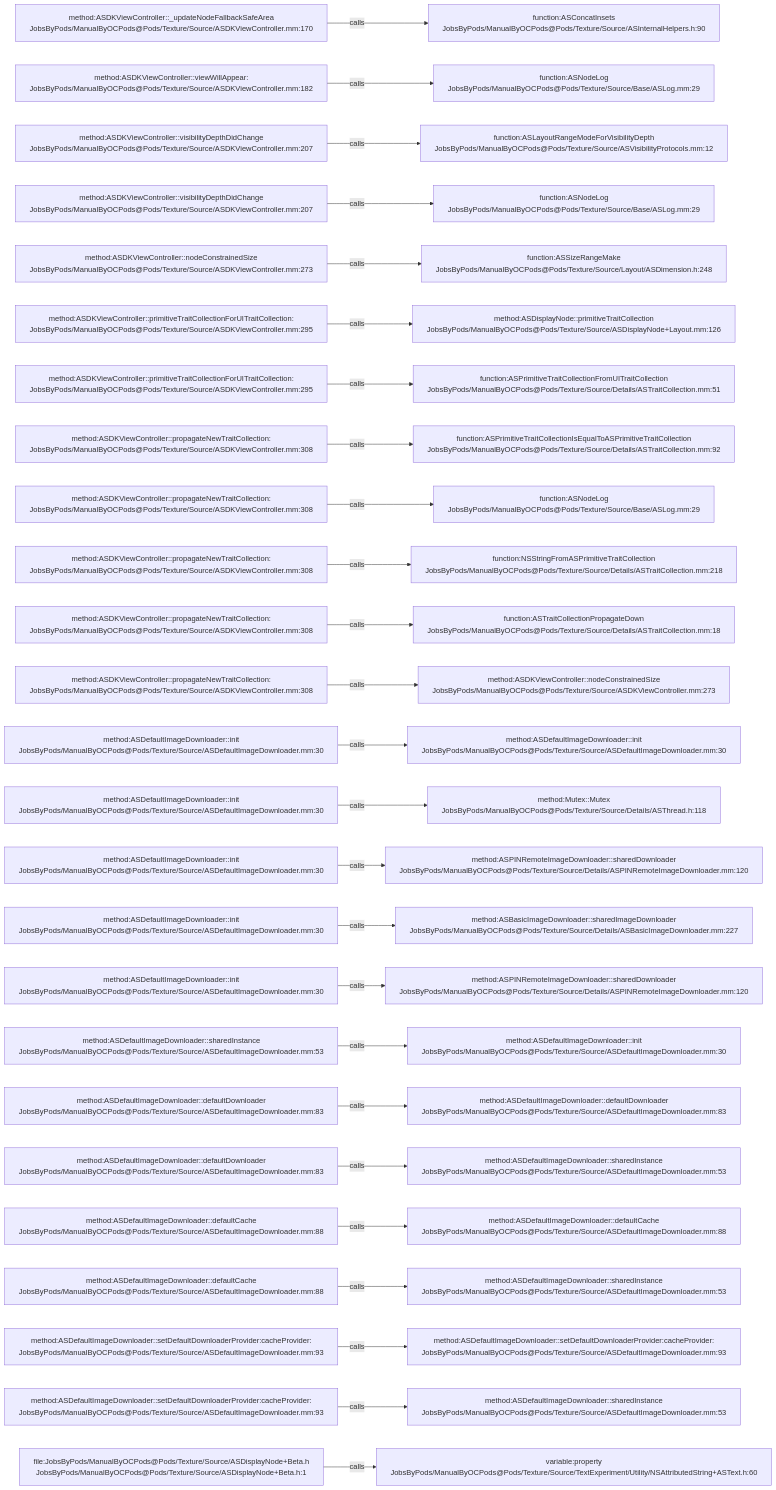
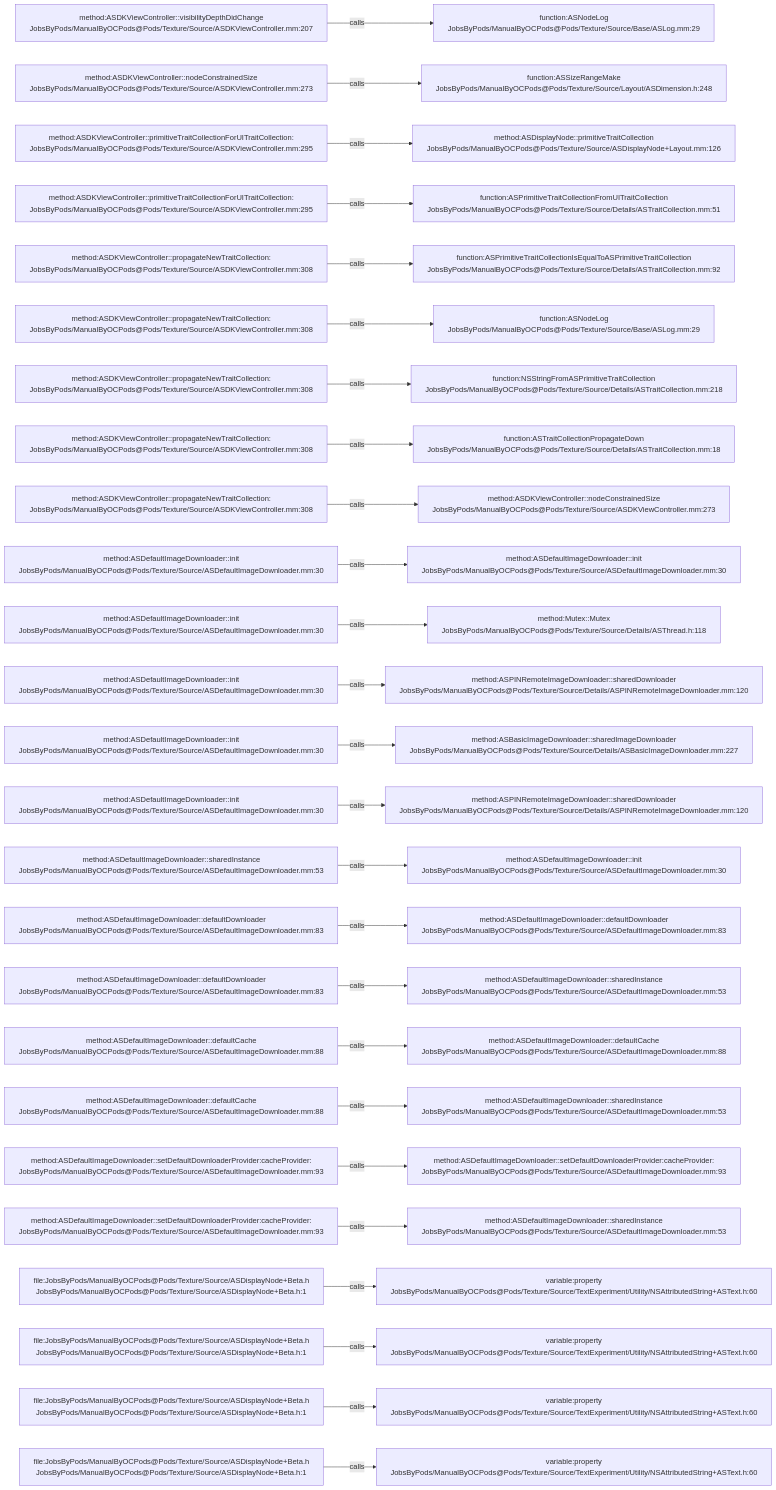
One commit to JobsKits/JobsOCBaseConfigDemo changed the diagram in .codegraph/codegraph.md/graphs/calls-091.md. Above: the diagram before and after it, drawn with Mermaid. The commit also changed 342 other files, not shown here.

````diff
--- a/.codegraph/codegraph.md/graphs/calls-091.md
+++ b/.codegraph/codegraph.md/graphs/calls-091.md
@@ -13,78 +13,78 @@
 ```mermaid
 flowchart LR
-  S1["method:ASDKViewController::_updateNodeFallbackSafeArea<br/>JobsByPods/ManualByOCPods@Pods/Texture/Source/ASDKViewController.mm:170"]
-  T1["function:ASConcatInsets<br/>JobsByPods/ManualByOCPods@Pods/Texture/Source/ASInternalHelpers.h:90"]
+  S1["method:ASDKViewController::visibilityDepthDidChange<br/>JobsByPods/ManualByOCPods@Pods/Texture/Source/ASDKViewController.mm:207"]
+  T1["function:ASNodeLog<br/>JobsByPods/ManualByOCPods@Pods/Texture/Source/Base/ASLog.mm:29"]
   S1 -->|calls| T1
-  S2["method:ASDKViewController::viewWillAppear:<br/>JobsByPods/ManualByOCPods@Pods/Texture/Source/ASDKViewController.mm:182"]
-  T2["function:ASNodeLog<br/>JobsByPods/ManualByOCPods@Pods/Texture/Source/Base/ASLog.mm:29"]
+  S2["method:ASDKViewController::nodeConstrainedSize<br/>JobsByPods/ManualByOCPods@Pods/Texture/Source/ASDKViewController.mm:273"]
+  T2["function:ASSizeRangeMake<br/>JobsByPods/ManualByOCPods@Pods/Texture/Source/Layout/ASDimension.h:248"]
   S2 -->|calls| T2
-  S3["method:ASDKViewController::visibilityDepthDidChange<br/>JobsByPods/ManualByOCPods@Pods/Texture/Source/ASDKViewController.mm:207"]
-  T3["function:ASLayoutRangeModeForVisibilityDepth<br/>JobsByPods/ManualByOCPods@Pods/Texture/Source/ASVisibilityProtocols.mm:12"]
+  S3["method:ASDKViewController::primitiveTraitCollectionForUITraitCollection:<br/>JobsByPods/ManualByOCPods@Pods/Texture/Source/ASDKViewController.mm:295"]
+  T3["method:ASDisplayNode::primitiveTraitCollection<br/>JobsByPods/ManualByOCPods@Pods/Texture/Source/ASDisplayNode+Layout.mm:126"]
   S3 -->|calls| T3
-  S4["method:ASDKViewController::visibilityDepthDidChange<br/>JobsByPods/ManualByOCPods@Pods/Texture/Source/ASDKViewController.mm:207"]
-  T4["function:ASNodeLog<br/>JobsByPods/ManualByOCPods@Pods/Texture/Source/Base/ASLog.mm:29"]
+  S4["method:ASDKViewController::primitiveTraitCollectionForUITraitCollection:<br/>JobsByPods/ManualByOCPods@Pods/Texture/Source/ASDKViewController.mm:295"]
+  T4["function:ASPrimitiveTraitCollectionFromUITraitCollection<br/>JobsByPods/ManualByOCPods@Pods/Texture/Source/Details/ASTraitCollection.mm:51"]
   S4 -->|calls| T4
-  S5["method:ASDKViewController::nodeConstrainedSize<br/>JobsByPods/ManualByOCPods@Pods/Texture/Source/ASDKViewController.mm:273"]
-  T5["function:ASSizeRangeMake<br/>JobsByPods/ManualByOCPods@Pods/Texture/Source/Layout/ASDimension.h:248"]
+  S5["method:ASDKViewController::propagateNewTraitCollection:<br/>JobsByPods/ManualByOCPods@Pods/Texture/Source/ASDKViewController.mm:308"]
+  T5["function:ASPrimitiveTraitCollectionIsEqualToASPrimitiveTraitCollection<br/>JobsByPods/ManualByOCPods@Pods/Texture/Source/Details/ASTraitCollection.mm:92"]
   S5 -->|calls| T5
-  S6["method:ASDKViewController::primitiveTraitCollectionForUITraitCollection:<br/>JobsByPods/ManualByOCPods@Pods/Texture/Source/ASDKViewController.mm:295"]
-  T6["method:ASDisplayNode::primitiveTraitCollection<br/>JobsByPods/ManualByOCPods@Pods/Texture/Source/ASDisplayNode+Layout.mm:126"]
+  S6["method:ASDKViewController::propagateNewTraitCollection:<br/>JobsByPods/ManualByOCPods@Pods/Texture/Source/ASDKViewController.mm:308"]
+  T6["function:ASNodeLog<br/>JobsByPods/ManualByOCPods@Pods/Texture/Source/Base/ASLog.mm:29"]
   S6 -->|calls| T6
-  S7["method:ASDKViewController::primitiveTraitCollectionForUITraitCollection:<br/>JobsByPods/ManualByOCPods@Pods/Texture/Source/ASDKViewController.mm:295"]
-  T7["function:ASPrimitiveTraitCollectionFromUITraitCollection<br/>JobsByPods/ManualByOCPods@Pods/Texture/Source/Details/ASTraitCollection.mm:51"]
+  S7["method:ASDKViewController::propagateNewTraitCollection:<br/>JobsByPods/ManualByOCPods@Pods/Texture/Source/ASDKViewController.mm:308"]
+  T7["function:NSStringFromASPrimitiveTraitCollection<br/>JobsByPods/ManualByOCPods@Pods/Texture/Source/Details/ASTraitCollection.mm:218"]
   S7 -->|calls| T7
   S8["method:ASDKViewController::propagateNewTraitCollection:<br/>JobsByPods/ManualByOCPods@Pods/Texture/Source/ASDKViewController.mm:308"]
-  T8["function:ASPrimitiveTraitCollectionIsEqualToASPrimitiveTraitCollection<br/>JobsByPods/ManualByOCPods@Pods/Texture/Source/Details/ASTraitCollection.mm:92"]
+  T8["function:ASTraitCollectionPropagateDown<br/>JobsByPods/ManualByOCPods@Pods/Texture/Source/Details/ASTraitCollection.mm:18"]
   S8 -->|calls| T8
   S9["method:ASDKViewController::propagateNewTraitCollection:<br/>JobsByPods/ManualByOCPods@Pods/Texture/Source/ASDKViewController.mm:308"]
-  T9["function:ASNodeLog<br/>JobsByPods/ManualByOCPods@Pods/Texture/Source/Base/ASLog.mm:29"]
+  T9["method:ASDKViewController::nodeConstrainedSize<br/>JobsByPods/ManualByOCPods@Pods/Texture/Source/ASDKViewController.mm:273"]
   S9 -->|calls| T9
-  S10["method:ASDKViewController::propagateNewTraitCollection:<br/>JobsByPods/ManualByOCPods@Pods/Texture/Source/ASDKViewController.mm:308"]
-  T10["function:NSStringFromASPrimitiveTraitCollection<br/>JobsByPods/ManualByOCPods@Pods/Texture/Source/Details/ASTraitCollection.mm:218"]
+  S10["method:ASDefaultImageDownloader::init<br/>JobsByPods/ManualByOCPods@Pods/Texture/Source/ASDefaultImageDownloader.mm:30"]
+  T10["method:ASDefaultImageDownloader::init<br/>JobsByPods/ManualByOCPods@Pods/Texture/Source/ASDefaultImageDownloader.mm:30"]
   S10 -->|calls| T10
-  S11["method:ASDKViewController::propagateNewTraitCollection:<br/>JobsByPods/ManualByOCPods@Pods/Texture/Source/ASDKViewController.mm:308"]
-  T11["function:ASTraitCollectionPropagateDown<br/>JobsByPods/ManualByOCPods@Pods/Texture/Source/Details/ASTraitCollection.mm:18"]
+  S11["method:ASDefaultImageDownloader::init<br/>JobsByPods/ManualByOCPods@Pods/Texture/Source/ASDefaultImageDownloader.mm:30"]
+  T11["method:Mutex::Mutex<br/>JobsByPods/ManualByOCPods@Pods/Texture/Source/Details/ASThread.h:118"]
   S11 -->|calls| T11
-  S12["method:ASDKViewController::propagateNewTraitCollection:<br/>JobsByPods/ManualByOCPods@Pods/Texture/Source/ASDKViewController.mm:308"]
-  T12["method:ASDKViewController::nodeConstrainedSize<br/>JobsByPods/ManualByOCPods@Pods/Texture/Source/ASDKViewController.mm:273"]
+  S12["method:ASDefaultImageDownloader::init<br/>JobsByPods/ManualByOCPods@Pods/Texture/Source/ASDefaultImageDownloader.mm:30"]
+  T12["method:ASPINRemoteImageDownloader::sharedDownloader<br/>JobsByPods/ManualByOCPods@Pods/Texture/Source/Details/ASPINRemoteImageDownloader.mm:120"]
   S12 -->|calls| T12
   S13["method:ASDefaultImageDownloader::init<br/>JobsByPods/ManualByOCPods@Pods/Texture/Source/ASDefaultImageDownloader.mm:30"]
-  T13["method:ASDefaultImageDownloader::init<br/>JobsByPods/ManualByOCPods@Pods/Texture/Source/ASDefaultImageDownloader.mm:30"]
+  T13["method:ASBasicImageDownloader::sharedImageDownloader<br/>JobsByPods/ManualByOCPods@Pods/Texture/Source/Details/ASBasicImageDownloader.mm:227"]
   S13 -->|calls| T13
   S14["method:ASDefaultImageDownloader::init<br/>JobsByPods/ManualByOCPods@Pods/Texture/Source/ASDefaultImageDownloader.mm:30"]
-  T14["method:Mutex::Mutex<br/>JobsByPods/ManualByOCPods@Pods/Texture/Source/Details/ASThread.h:118"]
+  T14["method:ASPINRemoteImageDownloader::sharedDownloader<br/>JobsByPods/ManualByOCPods@Pods/Texture/Source/Details/ASPINRemoteImageDownloader.mm:120"]
   S14 -->|calls| T14
-  S15["method:ASDefaultImageDownloader::init<br/>JobsByPods/ManualByOCPods@Pods/Texture/Source/ASDefaultImageDownloader.mm:30"]
-  T15["method:ASPINRemoteImageDownloader::sharedDownloader<br/>JobsByPods/ManualByOCPods@Pods/Texture/Source/Details/ASPINRemoteImageDownloader.mm:120"]
+  S15["method:ASDefaultImageDownloader::sharedInstance<br/>JobsByPods/ManualByOCPods@Pods/Texture/Source/ASDefaultImageDownloader.mm:53"]
+  T15["method:ASDefaultImageDownloader::init<br/>JobsByPods/ManualByOCPods@Pods/Texture/Source/ASDefaultImageDownloader.mm:30"]
   S15 -->|calls| T15
-  S16["method:ASDefaultImageDownloader::init<br/>JobsByPods/ManualByOCPods@Pods/Texture/Source/ASDefaultImageDownloader.mm:30"]
-  T16["method:ASBasicImageDownloader::sharedImageDownloader<br/>JobsByPods/ManualByOCPods@Pods/Texture/Source/Details/ASBasicImageDownloader.mm:227"]
+  S16["method:ASDefaultImageDownloader::defaultDownloader<br/>JobsByPods/ManualByOCPods@Pods/Texture/Source/ASDefaultImageDownloader.mm:83"]
+  T16["method:ASDefaultImageDownloader::defaultDownloader<br/>JobsByPods/ManualByOCPods@Pods/Texture/Source/ASDefaultImageDownloader.mm:83"]
   S16 -->|calls| T16
-  S17["method:ASDefaultImageDownloader::init<br/>JobsByPods/ManualByOCPods@Pods/Texture/Source/ASDefaultImageDownloader.mm:30"]
-  T17["method:ASPINRemoteImageDownloader::sharedDownloader<br/>JobsByPods/ManualByOCPods@Pods/Texture/Source/Details/ASPINRemoteImageDownloader.mm:120"]
+  S17["method:ASDefaultImageDownloader::defaultDownloader<br/>JobsByPods/ManualByOCPods@Pods/Texture/Source/ASDefaultImageDownloader.mm:83"]
+  T17["method:ASDefaultImageDownloader::sharedInstance<br/>JobsByPods/ManualByOCPods@Pods/Texture/Source/ASDefaultImageDownloader.mm:53"]
   S17 -->|calls| T17
-  S18["method:ASDefaultImageDownloader::sharedInstance<br/>JobsByPods/ManualByOCPods@Pods/Texture/Source/ASDefaultImageDownloader.mm:53"]
-  T18["method:ASDefaultImageDownloader::init<br/>JobsByPods/ManualByOCPods@Pods/Texture/Source/ASDefaultImageDownloader.mm:30"]
+  S18["method:ASDefaultImageDownloader::defaultCache<br/>JobsByPods/ManualByOCPods@Pods/Texture/Source/ASDefaultImageDownloader.mm:88"]
+  T18["method:ASDefaultImageDownloader::defaultCache<br/>JobsByPods/ManualByOCPods@Pods/Texture/Source/ASDefaultImageDownloader.mm:88"]
   S18 -->|calls| T18
-  S19["method:ASDefaultImageDownloader::defaultDownloader<br/>JobsByPods/ManualByOCPods@Pods/Texture/Source/ASDefaultImageDownloader.mm:83"]
-  T19["method:ASDefaultImageDownloader::defaultDownloader<br/>JobsByPods/ManualByOCPods@Pods/Texture/Source/ASDefaultImageDownloader.mm:83"]
+  S19["method:ASDefaultImageDownloader::defaultCache<br/>JobsByPods/ManualByOCPods@Pods/Texture/Source/ASDefaultImageDownloader.mm:88"]
+  T19["method:ASDefaultImageDownloader::sharedInstance<br/>JobsByPods/ManualByOCPods@Pods/Texture/Source/ASDefaultImageDownloader.mm:53"]
   S19 -->|calls| T19
-  S20["method:ASDefaultImageDownloader::defaultDownloader<br/>JobsByPods/ManualByOCPods@Pods/Texture/Source/ASDefaultImageDownloader.mm:83"]
-  T20["method:ASDefaultImageDownloader::sharedInstance<br/>JobsByPods/ManualByOCPods@Pods/Texture/Source/ASDefaultImageDownloader.mm:53"]
+  S20["method:ASDefaultImageDownloader::setDefaultDownloaderProvider:cacheProvider:<br/>JobsByPods/ManualByOCPods@Pods/Texture/Source/ASDefaultImageDownloader.mm:93"]
+  T20["method:ASDefaultImageDownloader::setDefaultDownloaderProvider:cacheProvider:<br/>JobsByPods/ManualByOCPods@Pods/Texture/Source/ASDefaultImageDownloader.mm:93"]
   S20 -->|calls| T20
-  S21["method:ASDefaultImageDownloader::defaultCache<br/>JobsByPods/ManualByOCPods@Pods/Texture/Source/ASDefaultImageDownloader.mm:88"]
-  T21["method:ASDefaultImageDownloader::defaultCache<br/>JobsByPods/ManualByOCPods@Pods/Texture/Source/ASDefaultImageDownloader.mm:88"]
+  S21["method:ASDefaultImageDownloader::setDefaultDownloaderProvider:cacheProvider:<br/>JobsByPods/ManualByOCPods@Pods/Texture/Source/ASDefaultImageDownloader.mm:93"]
+  T21["method:ASDefaultImageDownloader::sharedInstance<br/>JobsByPods/ManualByOCPods@Pods/Texture/Source/ASDefaultImageDownloader.mm:53"]
   S21 -->|calls| T21
-  S22["method:ASDefaultImageDownloader::defaultCache<br/>JobsByPods/ManualByOCPods@Pods/Texture/Source/ASDefaultImageDownloader.mm:88"]
-  T22["method:ASDefaultImageDownloader::sharedInstance<br/>JobsByPods/ManualByOCPods@Pods/Texture/Source/ASDefaultImageDownloader.mm:53"]
+  S22["file:JobsByPods/ManualByOCPods@Pods/Texture/Source/ASDisplayNode+Beta.h<br/>JobsByPods/ManualByOCPods@Pods/Texture/Source/ASDisplayNode+Beta.h:1"]
+  T22["variable:property<br/>JobsByPods/ManualByOCPods@Pods/Texture/Source/TextExperiment/Utility/NSAttributedString+ASText.h:60"]
   S22 -->|calls| T22
-  S23["method:ASDefaultImageDownloader::setDefaultDownloaderProvider:cacheProvider:<br/>JobsByPods/ManualByOCPods@Pods/Texture/Source/ASDefaultImageDownloader.mm:93"]
-  T23["method:ASDefaultImageDownloader::setDefaultDownloaderProvider:cacheProvider:<br/>JobsByPods/ManualByOCPods@Pods/Texture/Source/ASDefaultImageDownloader.mm:93"]
+  S23["file:JobsByPods/ManualByOCPods@Pods/Texture/Source/ASDisplayNode+Beta.h<br/>JobsByPods/ManualByOCPods@Pods/Texture/Source/ASDisplayNode+Beta.h:1"]
+  T23["variable:property<br/>JobsByPods/ManualByOCPods@Pods/Texture/Source/TextExperiment/Utility/NSAttributedString+ASText.h:60"]
   S23 -->|calls| T23
-  S24["method:ASDefaultImageDownloader::setDefaultDownloaderProvider:cacheProvider:<br/>JobsByPods/ManualByOCPods@Pods/Texture/Source/ASDefaultImageDownloader.mm:93"]
-  T24["method:ASDefaultImageDownloader::sharedInstance<br/>JobsByPods/ManualByOCPods@Pods/Texture/Source/ASDefaultImageDownloader.mm:53"]
+  S24["file:JobsByPods/ManualByOCPods@Pods/Texture/Source/ASDisplayNode+Beta.h<br/>JobsByPods/ManualByOCPods@Pods/Texture/Source/ASDisplayNode+Beta.h:1"]
+  T24["variable:property<br/>JobsByPods/ManualByOCPods@Pods/Texture/Source/TextExperiment/Utility/NSAttributedString+ASText.h:60"]
   S24 -->|calls| T24
   S25["file:JobsByPods/ManualByOCPods@Pods/Texture/Source/ASDisplayNode+Beta.h<br/>JobsByPods/ManualByOCPods@Pods/Texture/Source/ASDisplayNode+Beta.h:1"]
   T25["variable:property<br/>JobsByPods/ManualByOCPods@Pods/Texture/Source/TextExperiment/Utility/NSAttributedString+ASText.h:60"]
   S25 -->|calls| T25
 ```
````
